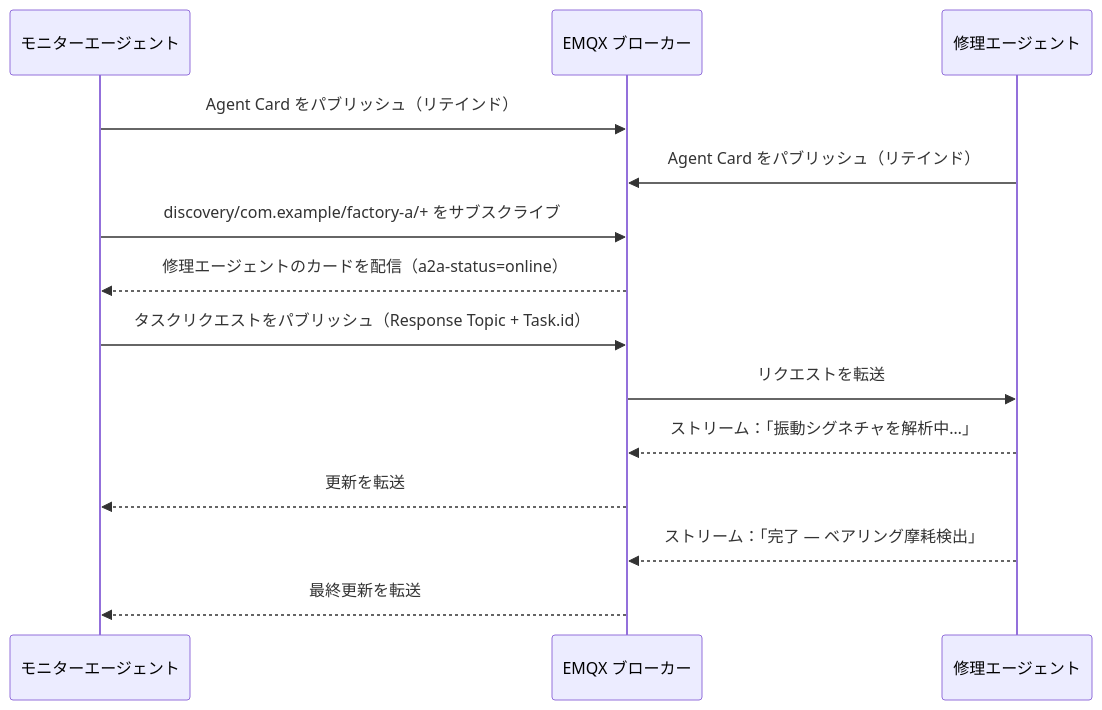
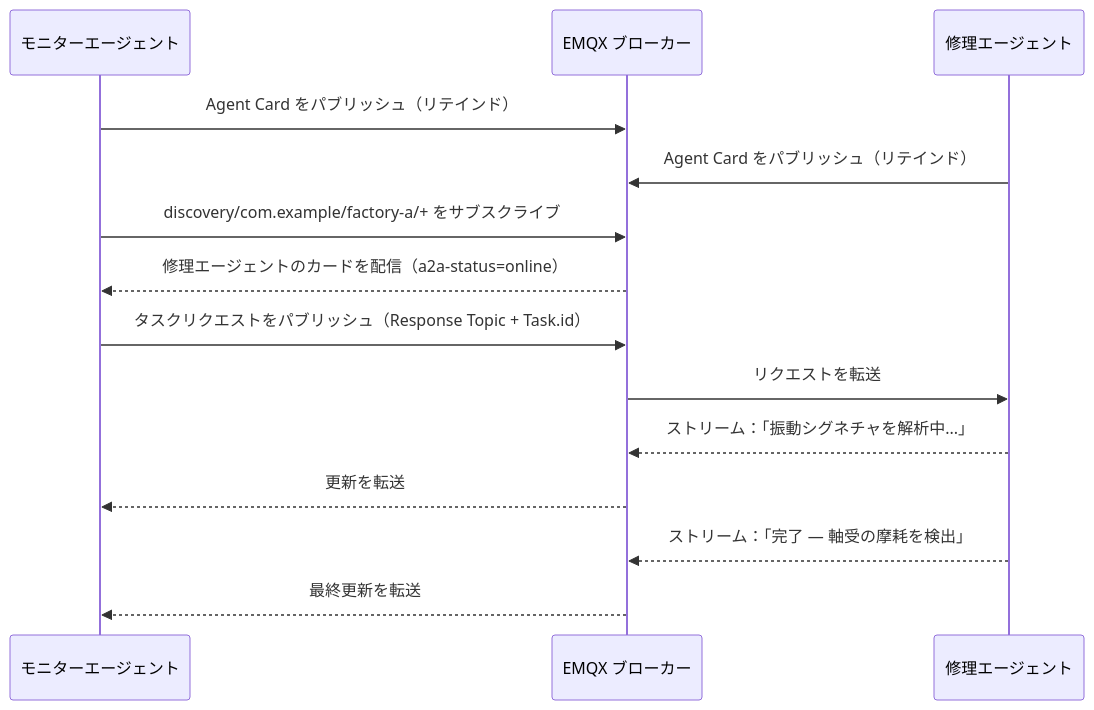
The second of 2 diagrams in ja_JP/emqx-ai/a2a-over-mqtt/architecture.md (emqx/emqx-docs), drawn with Mermaid before and after one commit. The commit also changed other lines of this file and 340 other files, not shown here.

````diff
--- a/ja_JP/emqx-ai/a2a-over-mqtt/architecture.md
+++ b/ja_JP/emqx-ai/a2a-over-mqtt/architecture.md
@@ -153,17 +153,17 @@
 ```mermaid
 sequenceDiagram
     participant M as モニターエージェント
     participant E as EMQX ブローカー
     participant R as 修理エージェント
 
     M->>E: Agent Card をパブリッシュ（リテインド）
     R->>E: Agent Card をパブリッシュ（リテインド）
     M->>E: discovery/com.example/factory-a/+ をサブスクライブ
     E-->>M: 修理エージェントのカードを配信（a2a-status=online）
     M->>E: タスクリクエストをパブリッシュ（Response Topic + Task.id）
     E->>R: リクエストを転送
-    R-->>E: ストリーム：「振動シグネチャを解析中…」
+    R-->>E: ストリーム：「振動シグネチャを解析中...」
     E-->>M: 更新を転送
-    R-->>E: ストリーム：「完了 — ベアリング摩耗検出」
+    R-->>E: ストリーム：「完了 — 軸受の摩耗を検出」
     E-->>M: 最終更新を転送
 ```
````
